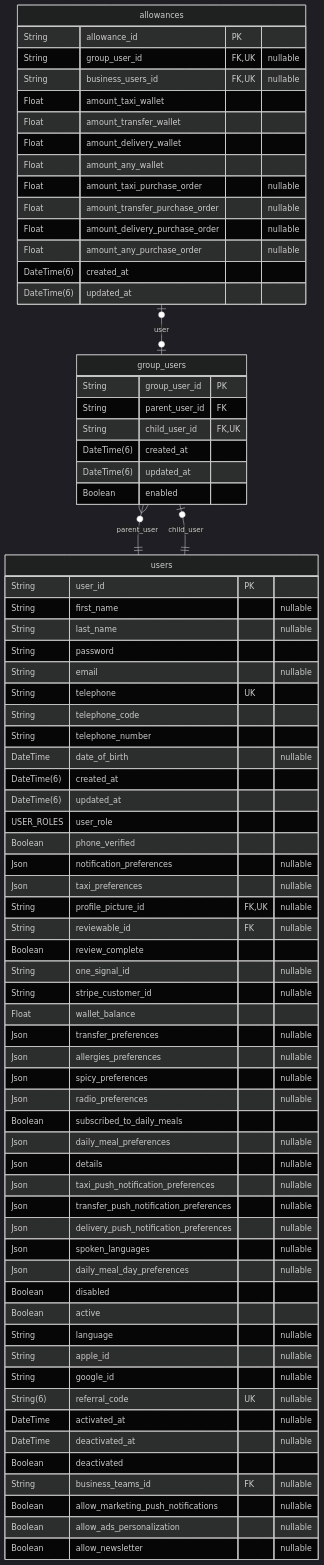
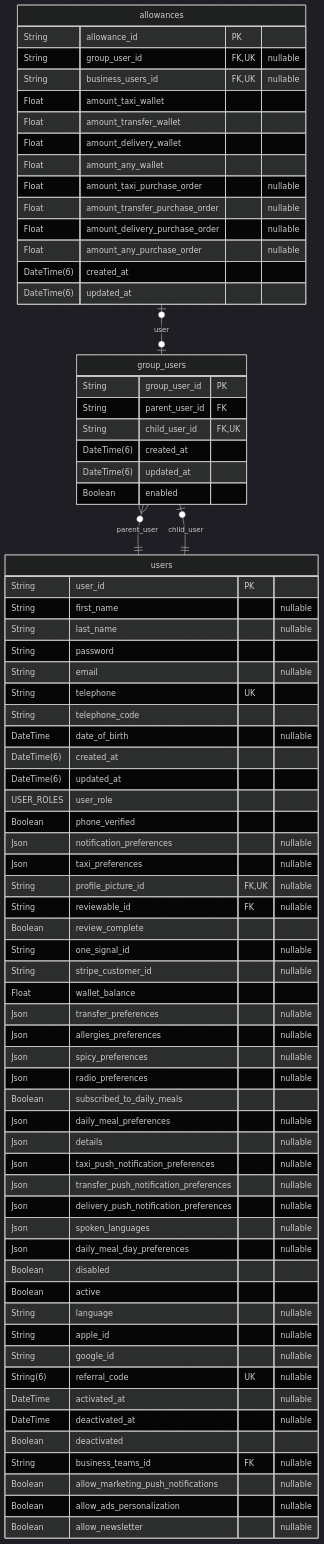
One commit to pbozic/be-analyisis changed the fifth of 40 diagrams in prisma/schemas/ERD.md. Above: the diagram before and after it, drawn with Mermaid (dark theme). The commit also changed other lines of this file and 23 other files, not shown here.

Commit message:
feature: updated daily meals menu + removed telephone_number + family/business invitation

````diff
--- a/prisma/schemas/ERD.md
+++ b/prisma/schemas/ERD.md
@@ -700,77 +691,76 @@
 ```mermaid
 erDiagram
 "allowances" {
   String allowance_id PK
   String group_user_id FK,UK "nullable"
   String business_users_id FK,UK "nullable"
   Float amount_taxi_wallet
   Float amount_transfer_wallet
   Float amount_delivery_wallet
   Float amount_any_wallet
   Float amount_taxi_purchase_order "nullable"
   Float amount_transfer_purchase_order "nullable"
   Float amount_delivery_purchase_order "nullable"
   Float amount_any_purchase_order "nullable"
   DateTime(6) created_at
   DateTime(6) updated_at
 }
 "group_users" {
   String group_user_id PK
   String parent_user_id FK
   String child_user_id FK,UK
   DateTime(6) created_at
   DateTime(6) updated_at
   Boolean enabled
 }
 "users" {
   String user_id PK
   String first_name "nullable"
   String last_name "nullable"
   String password
   String email "nullable"
   String telephone UK
   String telephone_code
-  String telephone_number
   DateTime date_of_birth "nullable"
   DateTime(6) created_at
   DateTime(6) updated_at
   USER_ROLES user_role
   Boolean phone_verified
   Json notification_preferences "nullable"
   Json taxi_preferences "nullable"
   String profile_picture_id FK,UK "nullable"
   String reviewable_id FK "nullable"
   Boolean review_complete
   String one_signal_id "nullable"
   String stripe_customer_id "nullable"
   Float wallet_balance
   Json transfer_preferences "nullable"
   Json allergies_preferences "nullable"
   Json spicy_preferences "nullable"
   Json radio_preferences "nullable"
   Boolean subscribed_to_daily_meals
   Json daily_meal_preferences "nullable"
   Json details "nullable"
   Json taxi_push_notification_preferences "nullable"
   Json transfer_push_notification_preferences "nullable"
   Json delivery_push_notification_preferences "nullable"
   Json spoken_languages "nullable"
   Json daily_meal_day_preferences "nullable"
   Boolean disabled
   Boolean active
   String language "nullable"
   String apple_id "nullable"
   String google_id "nullable"
   String(6) referral_code UK "nullable"
   DateTime activated_at "nullable"
   DateTime deactivated_at "nullable"
   Boolean deactivated
   String business_teams_id FK "nullable"
   Boolean allow_marketing_push_notifications "nullable"
   Boolean allow_ads_personalization "nullable"
   Boolean allow_newsletter "nullable"
 }
 "allowances" |o--o| "group_users" : user
 "group_users" }o--|| "users" : parent_user
 "group_users" |o--|| "users" : child_user
 ```
````
